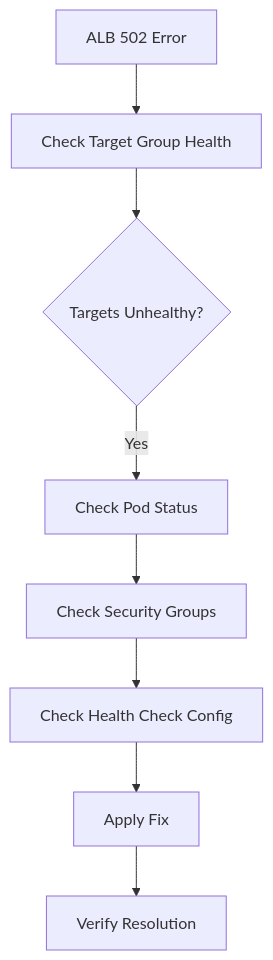
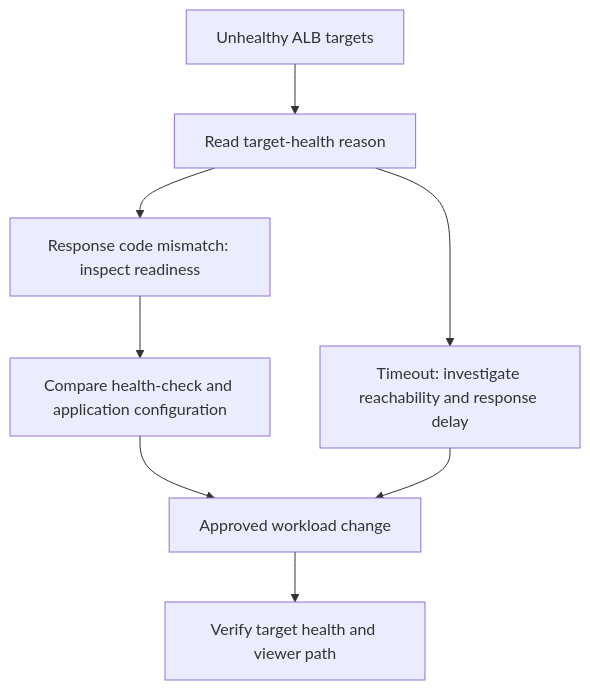
Before and after one commit to Atom-oh/oh-my-cloud-skills: the second of 2 diagrams in doc-sites/i18n/ko/docusaurus-plugin-content-docs/current/aws-ops-plugin/demos/network-diagnosis-demo.md, drawn with Mermaid. The commit also changed other lines of this file and 8 other files, not shown here.

````diff
--- a/doc-sites/i18n/ko/docusaurus-plugin-content-docs/current/aws-ops-plugin/demos/network-diagnosis-demo.md
+++ b/doc-sites/i18n/ko/docusaurus-plugin-content-docs/current/aws-ops-plugin/demos/network-diagnosis-demo.md
@@ -242,10 +186,10 @@
 ```mermaid
 flowchart TD
-    START[ALB 502 Error] --> TG[Check Target Group Health]
-    TG --> UNHEALTHY{Targets Unhealthy?}
-    UNHEALTHY -->|Yes| POD[Check Pod Status]
-    POD --> SG[Check Security Groups]
-    SG --> HC[Check Health Check Config]
-    HC --> FIX[Apply Fix]
-    FIX --> VERIFY[Verify Resolution]
+    START[Unhealthy ALB targets] --> REASON[Read target-health reason]
+    REASON --> RESPONSE[Response code mismatch: inspect readiness]
+    REASON --> TIMEOUT[Timeout: investigate reachability and response delay]
+    RESPONSE --> CONFIG[Compare health-check and application configuration]
+    CONFIG --> PLAN[Approved workload change]
+    TIMEOUT --> PLAN
+    PLAN --> VERIFY[Verify target health and viewer path]
 ```
````
